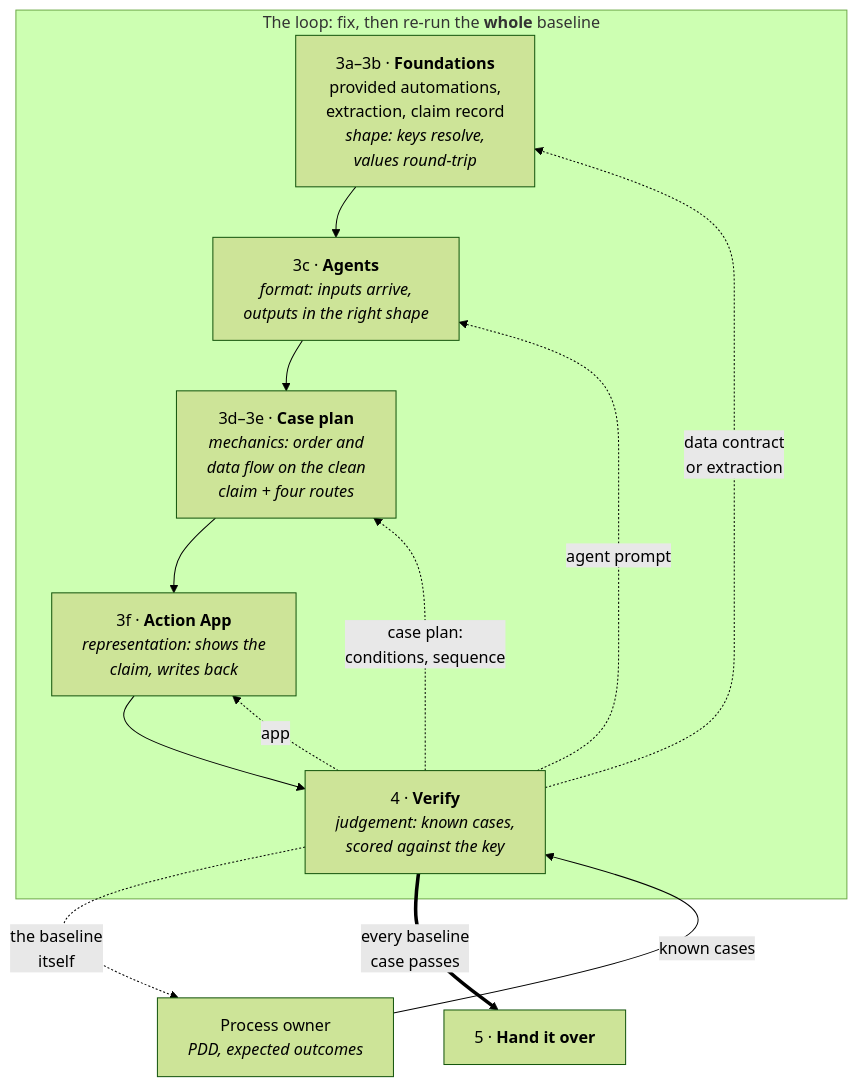
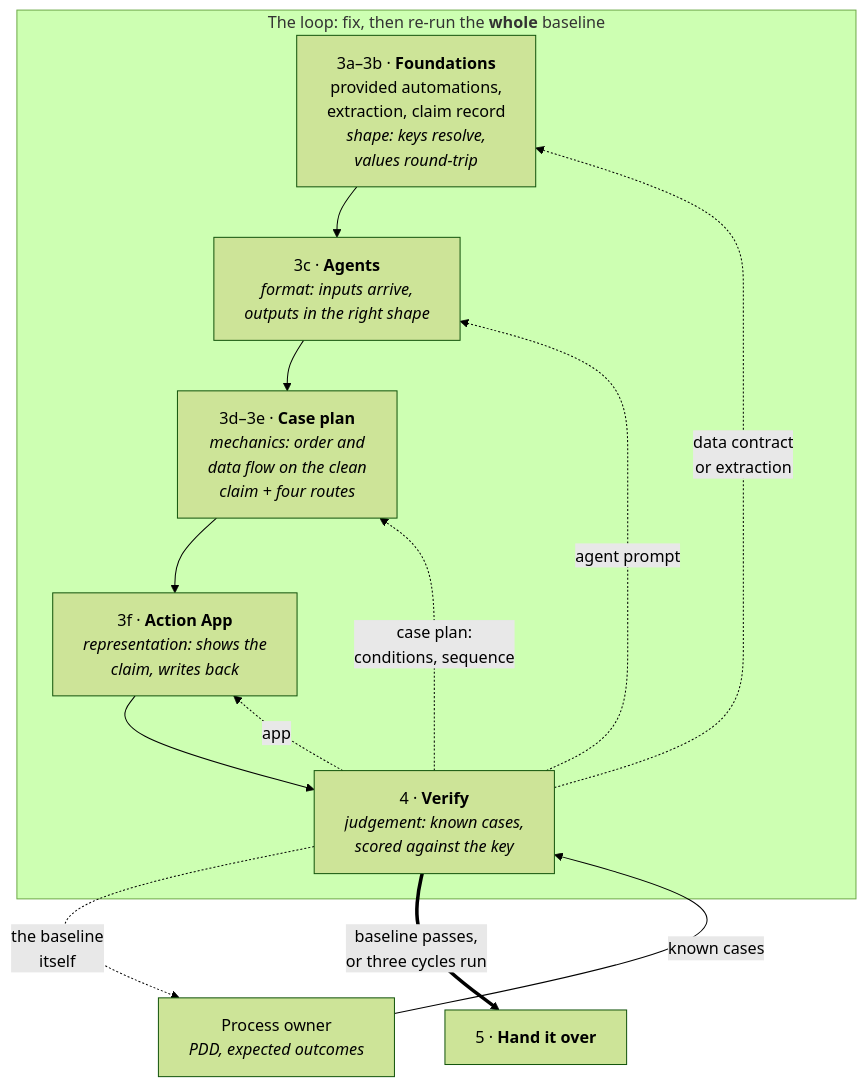
One commit to uipath-practice/ClaimCaseWorkshop changed the diagram in docs/verify/index.md. Above: the diagram before and after it, drawn with Mermaid (forest theme). The commit also changed other lines of this file, not shown here.

Commit message:
Verify overview: the workshop's three fix cycles and the scored last batch, beside the real-engagement rule

````diff
--- a/docs/verify/index.md
+++ b/docs/verify/index.md
@@ -9,20 +9,20 @@
 ```mermaid
 flowchart TD
   subgraph L ["The loop: fix, then re-run the <b>whole</b> baseline"]
     F["3a–3b · <b>Foundations</b><br>provided automations,<br>extraction, claim record<br><i>shape: keys resolve,<br>values round-trip</i>"]
     A["3c · <b>Agents</b><br><i>format: inputs arrive,<br>outputs in the right shape</i>"]
     C["3d–3e · <b>Case plan</b><br><i>mechanics: order and<br>data flow on the clean<br>claim + four routes</i>"]
     P["3f · <b>Action App</b><br><i>representation: shows the<br>claim, writes back</i>"]
     V["4 · <b>Verify</b><br><i>judgement: known cases,<br>scored against the key</i>"]
     F --> A --> C --> P --> V
     V -.->|"agent prompt"| A
     V -.->|"case plan:<br>conditions, sequence"| C
     V -.->|"app"| P
     V -.->|"data contract<br>or extraction"| F
   end
   O["Process owner<br><i>PDD, expected outcomes</i>"]
   H["5 · <b>Hand it over</b>"]
   O -->|"known cases"| V
   V -.->|"the baseline<br>itself"| O
-  V ==>|"every baseline<br>case passes"| H
+  V ==>|"baseline passes,<br>or three cycles run"| H
 ```
````
